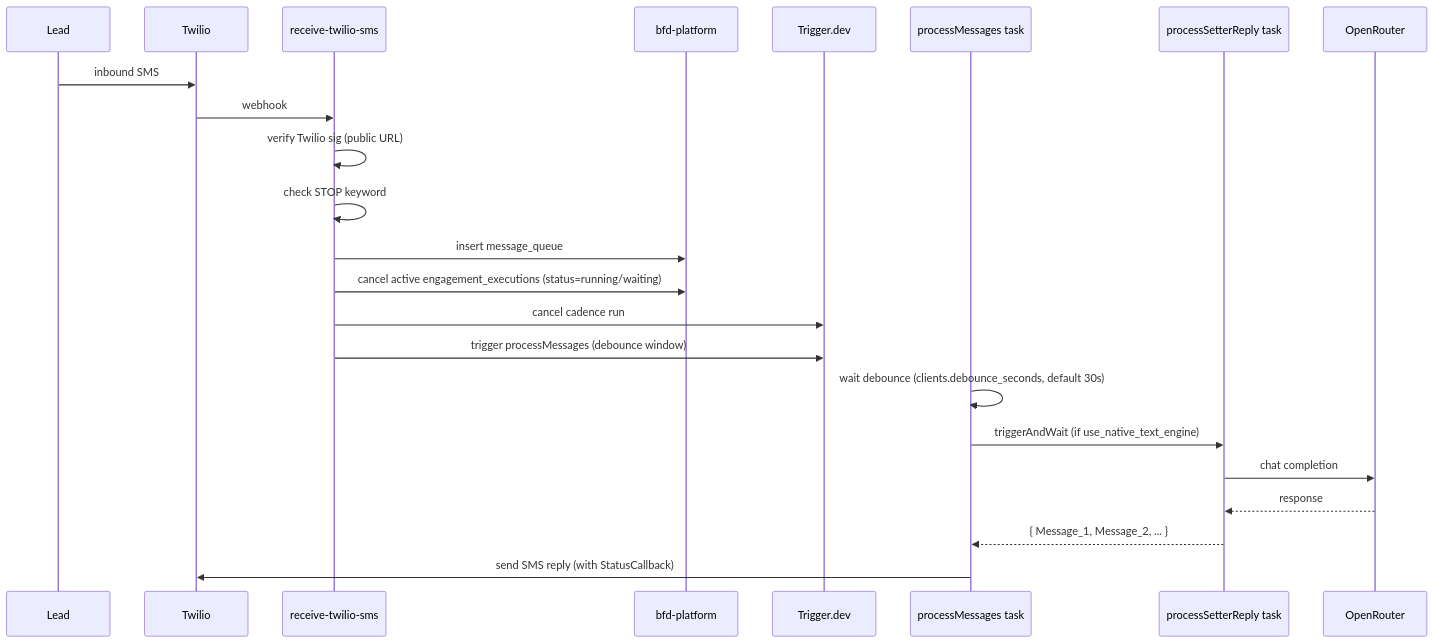
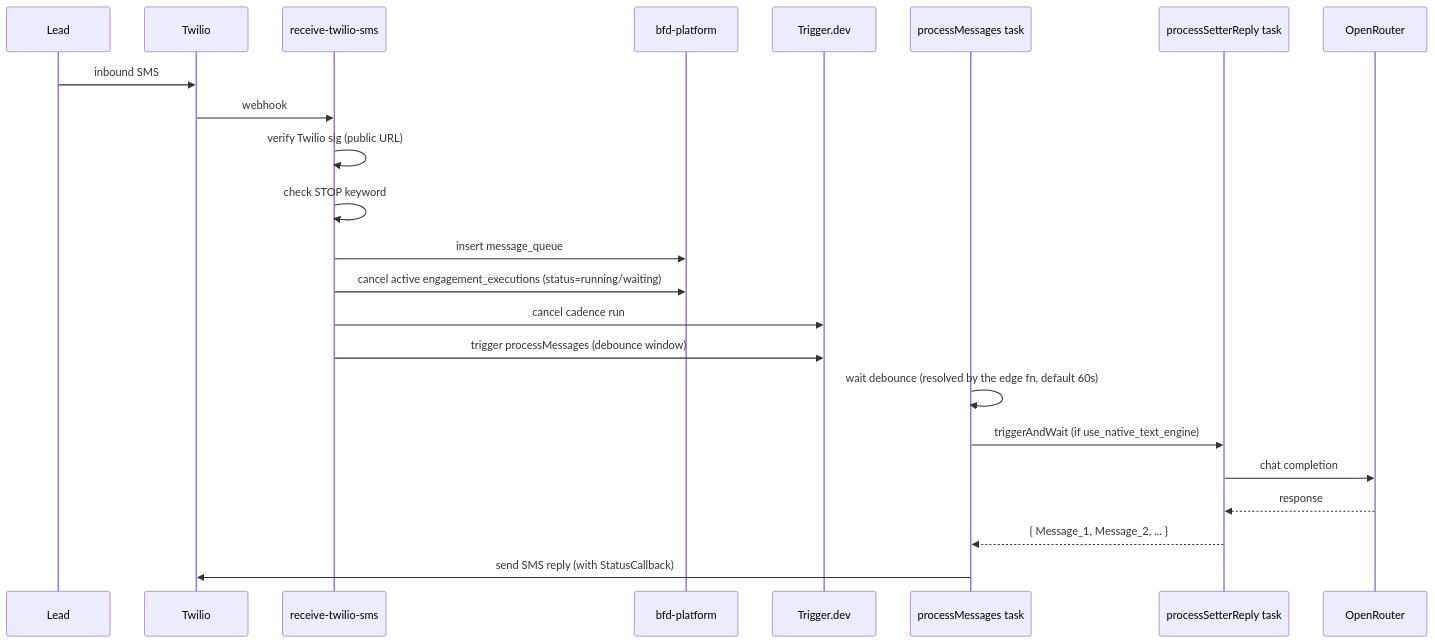
One commit to TheBrendonly/BFD-Setter-OS changed the second of 4 diagrams in Docs/ARCHITECTURE.md. Above: the diagram before and after it, drawn with Mermaid. The commit also changed other lines of this file and 2 other files, not shown here.

First paragraph of the commit message:
docs: file REACT-NORMPHONE-1; correct the debounce default and README channel scope
Findings from tracing the real execution paths for PROJECT_OVERVIEW.md.

````diff
--- a/Docs/ARCHITECTURE.md
+++ b/Docs/ARCHITECTURE.md
@@ -100,25 +100,25 @@
 ```mermaid
 sequenceDiagram
   participant Lead
   participant Twilio
   participant RcvSMS as receive-twilio-sms
   participant Plat as bfd-platform
   participant Trigger as Trigger.dev
   participant ProcMsg as processMessages task
   participant Setter as processSetterReply task
 
   Lead->>Twilio: inbound SMS
   Twilio->>RcvSMS: webhook
   RcvSMS->>RcvSMS: verify Twilio sig (public URL)
   RcvSMS->>RcvSMS: check STOP keyword
   RcvSMS->>Plat: insert message_queue
   RcvSMS->>Plat: cancel active engagement_executions (status=running/waiting)
   RcvSMS->>Trigger: cancel cadence run
   RcvSMS->>Trigger: trigger processMessages (debounce window)
-  ProcMsg->>ProcMsg: wait debounce (clients.debounce_seconds, default 30s)
+  ProcMsg->>ProcMsg: wait debounce (resolved by the edge fn, default 60s)
   ProcMsg->>Setter: triggerAndWait (if use_native_text_engine)
   Setter->>OpenRouter: chat completion
   OpenRouter-->>Setter: response
   Setter-->>ProcMsg: { Message_1, Message_2, ... }
   ProcMsg->>Twilio: send SMS reply (with StatusCallback)
 ```
````
